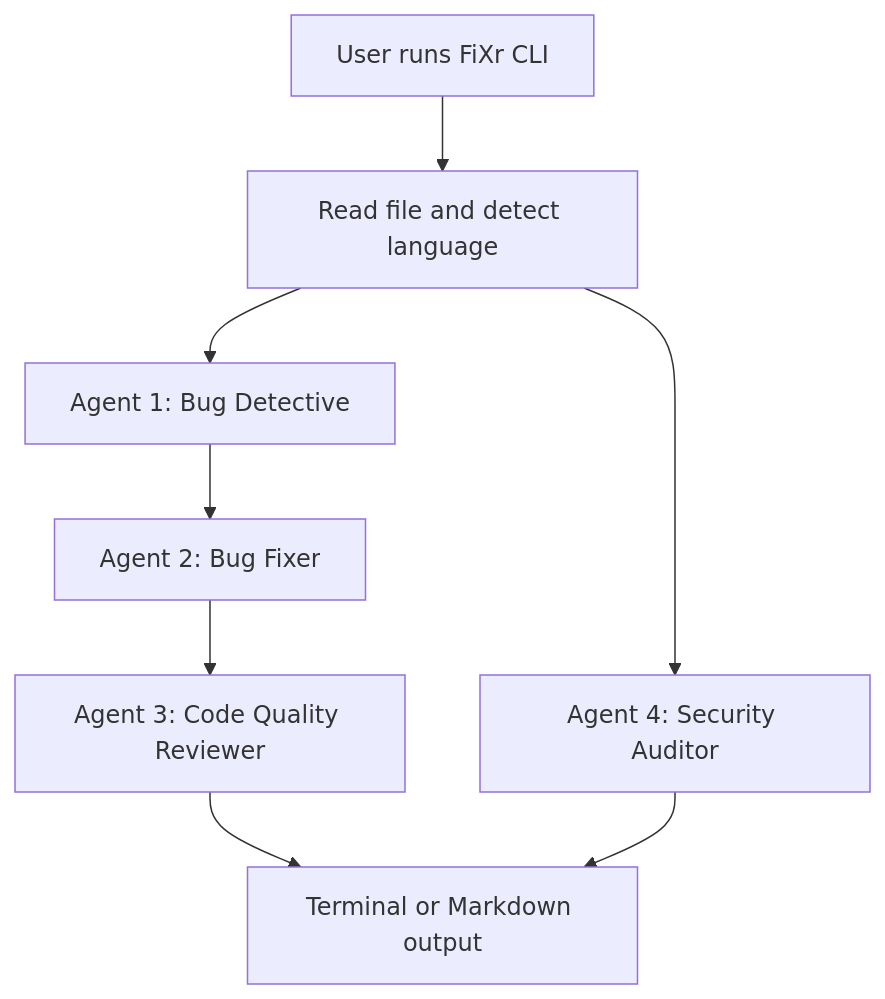
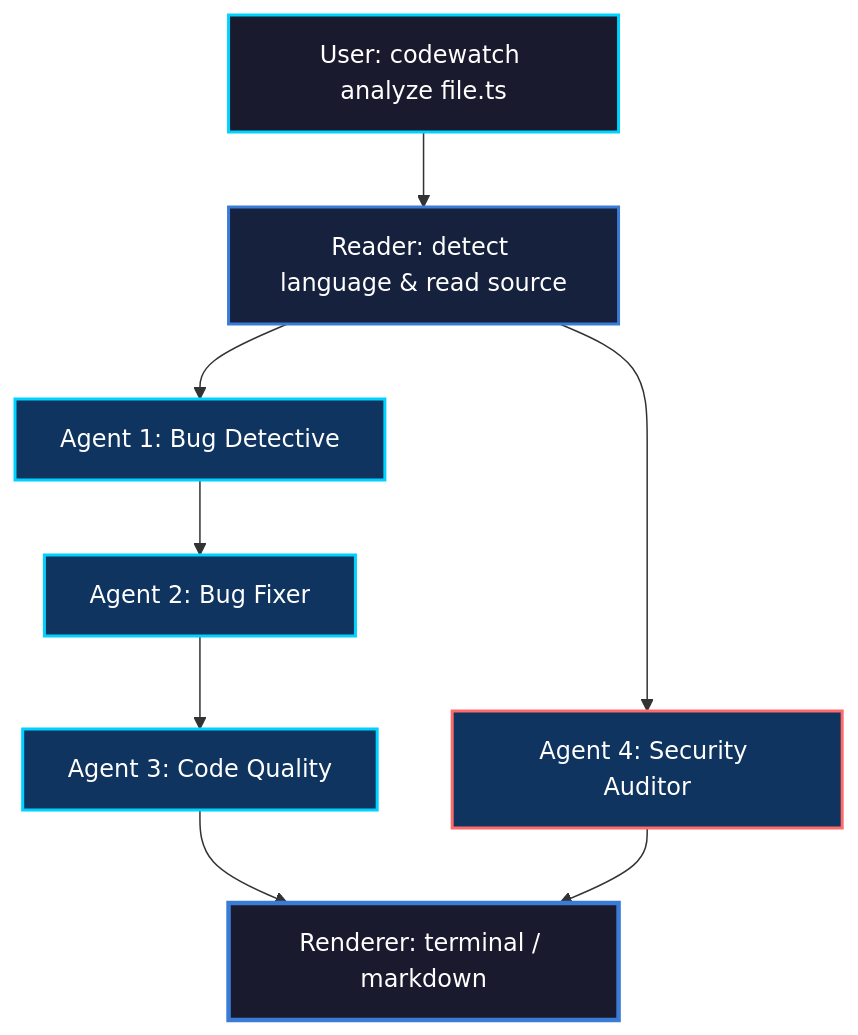
The first of 2 diagrams in README.md (soumyachk101/FiXr), drawn with Mermaid before and after one commit. The commit also changed other lines of this file, not shown here.

````diff
--- a/README.md
+++ b/README.md
@@ -48,10 +54,18 @@
 ```mermaid
 graph TD
-    User[User runs FiXr CLI] --> Reader[Read file and detect language]
-    Reader --> A1[Agent 1: Bug Detective]
-    A1 --> A2[Agent 2: Bug Fixer]
-    A2 --> A3[Agent 3: Code Quality Reviewer]
-    Reader --> A4[Agent 4: Security Auditor]
-    A3 --> Render[Terminal or Markdown output]
-    A4 --> Render
+    A[User: codewatch analyze file.ts] --> B[Reader: detect language & read source]
+    B --> C[Agent 1: Bug Detective]
+    C --> D[Agent 2: Bug Fixer]
+    D --> E[Agent 3: Code Quality]
+    B --> F[Agent 4: Security Auditor]
+    E --> G[Renderer: terminal / markdown]
+    F --> G
+
+    style A fill:#1a1a2e,stroke:#00d2ff,stroke-width:2px,color:#fff
+    style B fill:#16213e,stroke:#3a7bd5,stroke-width:2px,color:#fff
+    style C fill:#0f3460,stroke:#00d2ff,stroke-width:2px,color:#fff
+    style D fill:#0f3460,stroke:#00d2ff,stroke-width:2px,color:#fff
+    style E fill:#0f3460,stroke:#00d2ff,stroke-width:2px,color:#fff
+    style F fill:#0f3460,stroke:#ff6b6b,stroke-width:2px,color:#fff
+    style G fill:#1a1a2e,stroke:#3a7bd5,stroke-width:3px,color:#fff
 ```
````
